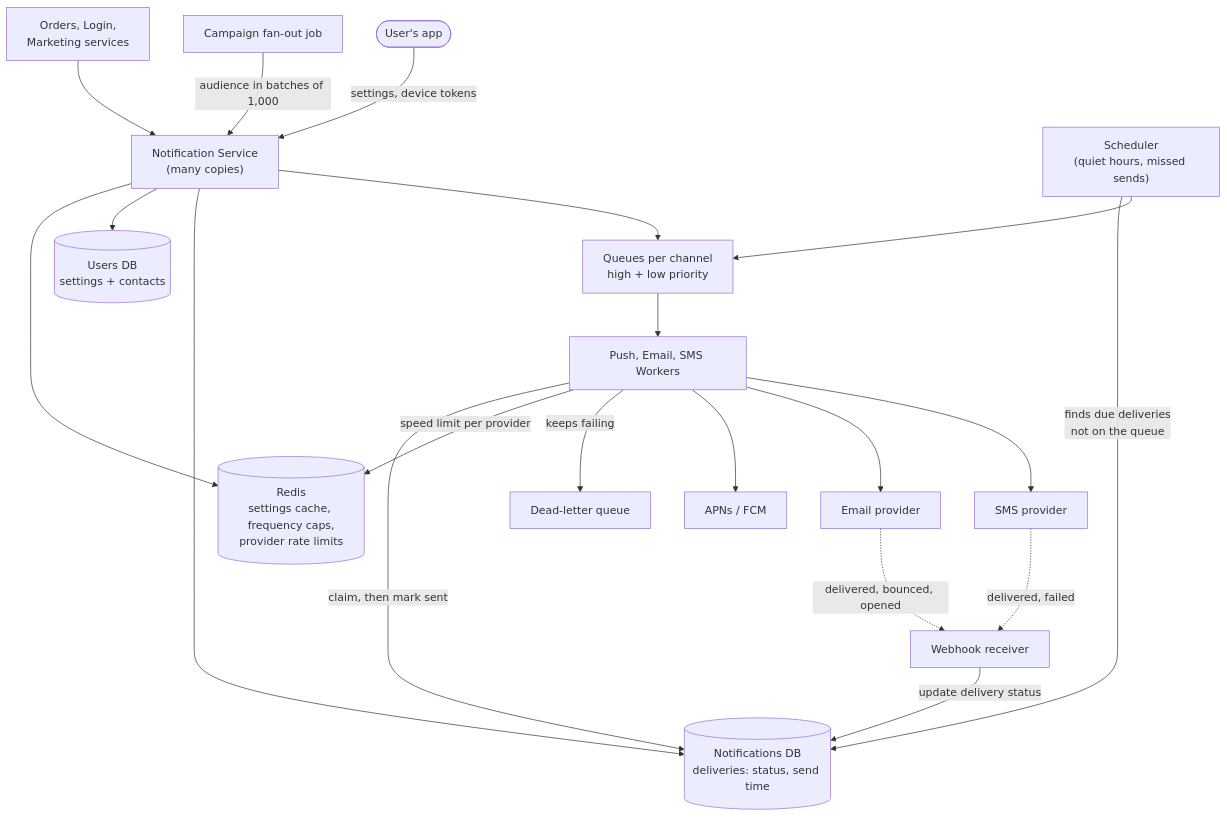
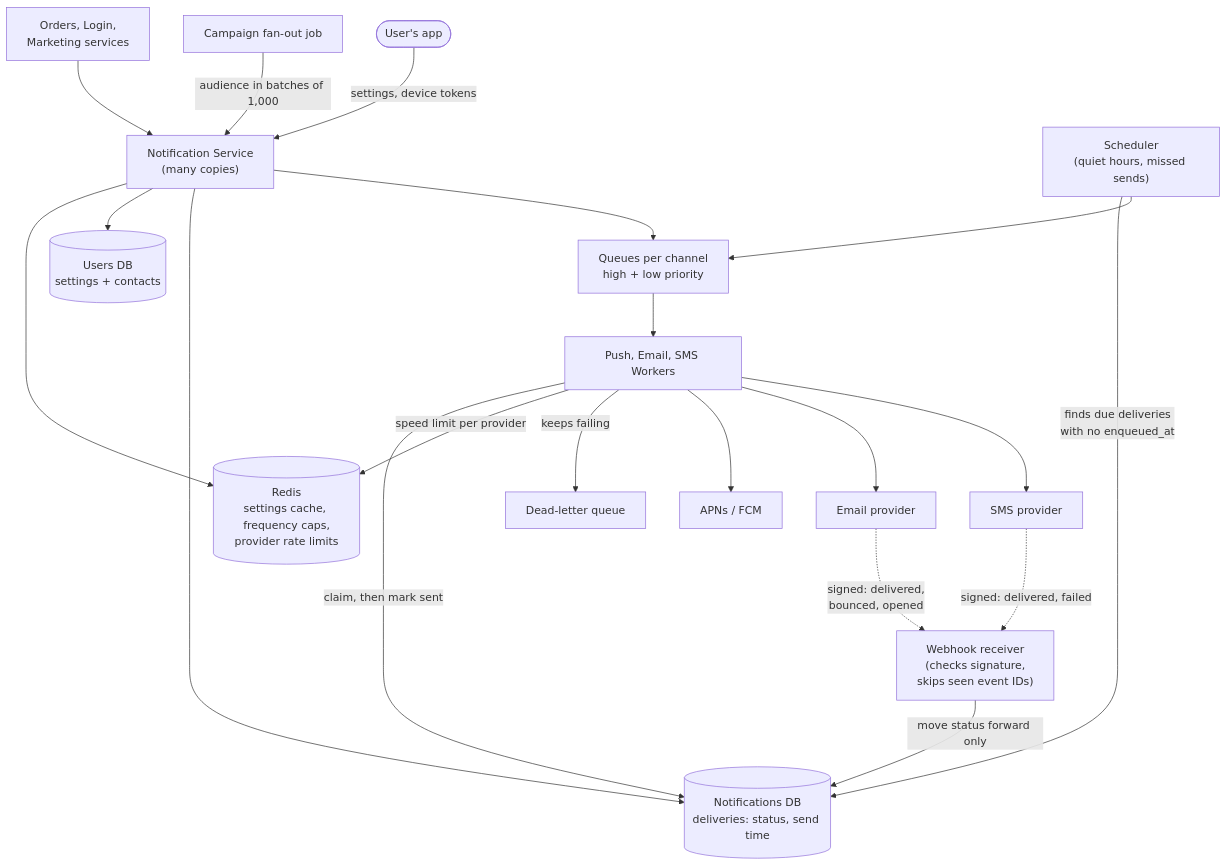
Before and after one commit to iamrs77/interview-ready: the third of 3 diagrams in content/system-design/questions/notification-service.mdx, drawn with Mermaid. The commit also changed other lines of this file and 132 other files, not shown here.

````diff
--- a/content/system-design/questions/notification-service.mdx
+++ b/content/system-design/questions/notification-service.mdx
@@ -244,22 +258,22 @@
 ```mermaid
 flowchart TB
   Callers["Orders, Login,<br/>Marketing services"]:::service --> NS["Notification Service<br/>(many copies)"]:::service
   Campaign["Campaign fan-out job"]:::service -->|"audience in batches of 1,000"| NS
   App(["User's app"]):::client -->|"settings, device tokens"| NS
   NS --> Redis[("Redis<br/>settings cache, frequency caps,<br/>provider rate limits")]:::cache
   NS --> UDB[("Users DB<br/>settings + contacts")]:::db
   NS --> NDB[("Notifications DB<br/>deliveries: status, send time")]:::db
-  Sched["Scheduler<br/>(quiet hours, missed sends)"]:::service -->|"finds due deliveries<br/>not on the queue"| NDB
+  Sched["Scheduler<br/>(quiet hours, missed sends)"]:::service -->|"finds due deliveries<br/>with no enqueued_at"| NDB
   NS --> Queues["Queues per channel<br/>high + low priority"]:::queue
   Sched --> Queues
   Queues --> Workers["Push, Email, SMS Workers"]:::service
   Workers -->|"claim, then mark sent"| NDB
   Workers -->|"speed limit per provider"| Redis
   Workers -->|"keeps failing"| DLQ["Dead-letter queue"]:::queue
   Workers --> APNs["APNs / FCM"]:::external
   Workers --> Email["Email provider"]:::external
   Workers --> SMS["SMS provider"]:::external
-  Email -.->|"delivered, bounced, opened"| Hooks["Webhook receiver"]:::service
-  SMS -.->|"delivered, failed"| Hooks
-  Hooks -->|"update delivery status"| NDB
+  Email -.->|"signed: delivered,<br/>bounced, opened"| Hooks["Webhook receiver<br/>(checks signature,<br/>skips seen event IDs)"]:::service
+  SMS -.->|"signed: delivered, failed"| Hooks
+  Hooks -->|"move status forward only"| NDB
 ```
````
